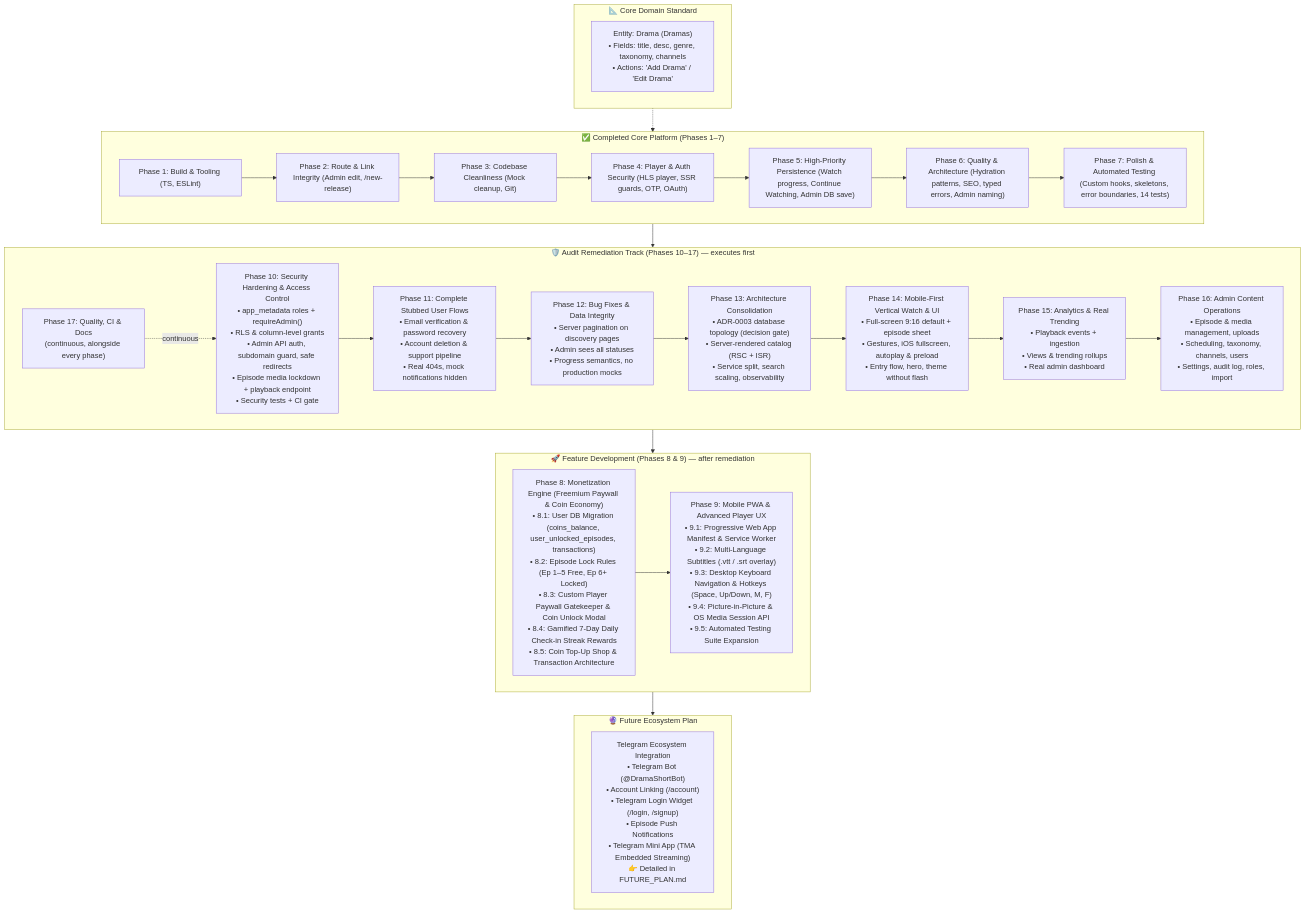
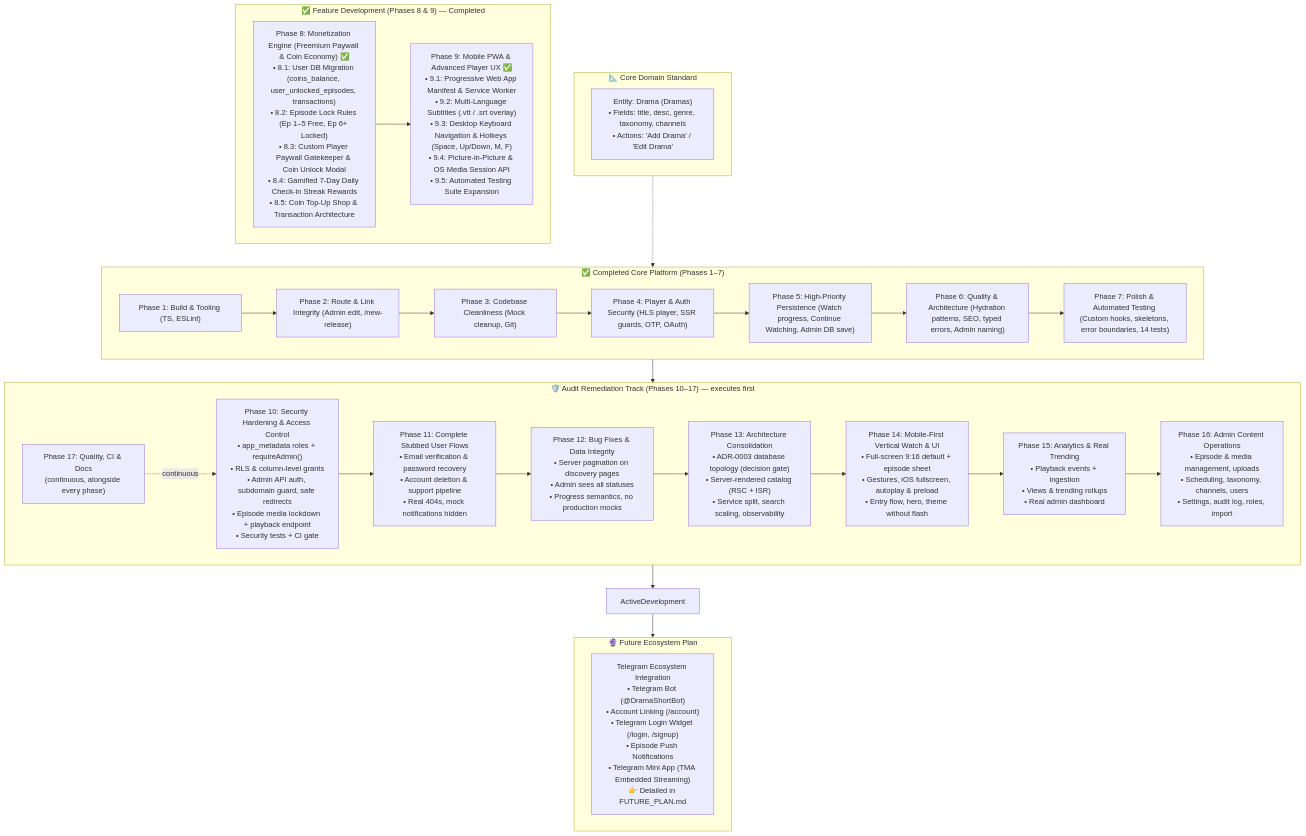
Before and after one commit to s3327/dramashort-app: the diagram in ROADMAP.md, drawn with Mermaid. The commit also changed other lines of this file and 3 other files, not shown here.

Commit message:
feat(test): expand automated monetization and funnel testing suite (Task 9.5)

````diff
--- a/ROADMAP.md
+++ b/ROADMAP.md
@@ -3027,49 +3045,49 @@
 ```mermaid
 flowchart TD
     subgraph DomainStandard["📐 Core Domain Standard"]
         DS["Entity: Drama (Dramas)<br/>• Fields: title, desc, genre, taxonomy, channels<br/>• Actions: 'Add Drama' / 'Edit Drama'"]
     end
 
     subgraph CompletedCore["✅ Completed Core Platform (Phases 1–7)"]
         P1["Phase 1: Build & Tooling (TS, ESLint)"]
         P2["Phase 2: Route & Link Integrity (Admin edit, /new-release)"]
         P3["Phase 3: Codebase Cleanliness (Mock cleanup, Git)"]
         P4["Phase 4: Player & Auth Security (HLS player, SSR guards, OTP, OAuth)"]
         P5["Phase 5: High-Priority Persistence (Watch progress, Continue Watching, Admin DB save)"]
         P6["Phase 6: Quality & Architecture (Hydration patterns, SEO, typed errors, Admin naming)"]
         P7["Phase 7: Polish & Automated Testing (Custom hooks, skeletons, error boundaries, 14 tests)"]
 
         P1 --> P2 --> P3 --> P4 --> P5 --> P6 --> P7
     end
 
     subgraph Remediation["🛡️ Audit Remediation Track (Phases 10–17) — executes first"]
         P10["Phase 10: Security Hardening & Access Control<br/>• app_metadata roles + requireAdmin()<br/>• RLS & column-level grants<br/>• Admin API auth, subdomain guard, safe redirects<br/>• Episode media lockdown + playback endpoint<br/>• Security tests + CI gate"]
         P11["Phase 11: Complete Stubbed User Flows<br/>• Email verification & password recovery<br/>• Account deletion & support pipeline<br/>• Real 404s, mock notifications hidden"]
         P12["Phase 12: Bug Fixes & Data Integrity<br/>• Server pagination on discovery pages<br/>• Admin sees all statuses<br/>• Progress semantics, no production mocks"]
         P13["Phase 13: Architecture Consolidation<br/>• ADR-0003 database topology (decision gate)<br/>• Server-rendered catalog (RSC + ISR)<br/>• Service split, search scaling, observability"]
         P14["Phase 14: Mobile-First Vertical Watch & UI<br/>• Full-screen 9:16 default + episode sheet<br/>• Gestures, iOS fullscreen, autoplay & preload<br/>• Entry flow, hero, theme without flash"]
         P15["Phase 15: Analytics & Real Trending<br/>• Playback events + ingestion<br/>• Views & trending rollups<br/>• Real admin dashboard"]
         P16["Phase 16: Admin Content Operations<br/>• Episode & media management, uploads<br/>• Scheduling, taxonomy, channels, users<br/>• Settings, audit log, roles, import"]
         P17["Phase 17: Quality, CI & Docs<br/>(continuous, alongside every phase)"]
 
         P10 --> P11 --> P12 --> P13 --> P14 --> P15 --> P16
         P17 -.->|continuous| P10
     end
 
-    subgraph ActiveDevelopment["🚀 Feature Development (Phases 8 & 9) — after remediation"]
-        P8["Phase 8: Monetization Engine (Freemium Paywall & Coin Economy)<br/>• 8.1: User DB Migration (coins_balance, user_unlocked_episodes, transactions)<br/>• 8.2: Episode Lock Rules (Ep 1–5 Free, Ep 6+ Locked)<br/>• 8.3: Custom Player Paywall Gatekeeper & Coin Unlock Modal<br/>• 8.4: Gamified 7-Day Daily Check-in Streak Rewards<br/>• 8.5: Coin Top-Up Shop & Transaction Architecture"]
+    subgraph CompletedFeatureDevelopment["✅ Feature Development (Phases 8 & 9) — Completed"]
+        P8["Phase 8: Monetization Engine (Freemium Paywall & Coin Economy) ✅<br/>• 8.1: User DB Migration (coins_balance, user_unlocked_episodes, transactions)<br/>• 8.2: Episode Lock Rules (Ep 1–5 Free, Ep 6+ Locked)<br/>• 8.3: Custom Player Paywall Gatekeeper & Coin Unlock Modal<br/>• 8.4: Gamified 7-Day Daily Check-in Streak Rewards<br/>• 8.5: Coin Top-Up Shop & Transaction Architecture"]
         
-        P9["Phase 9: Mobile PWA & Advanced Player UX<br/>• 9.1: Progressive Web App Manifest & Service Worker<br/>• 9.2: Multi-Language Subtitles (.vtt / .srt overlay)<br/>• 9.3: Desktop Keyboard Navigation & Hotkeys (Space, Up/Down, M, F)<br/>• 9.4: Picture-in-Picture & OS Media Session API<br/>• 9.5: Automated Testing Suite Expansion"]
+        P9["Phase 9: Mobile PWA & Advanced Player UX ✅<br/>• 9.1: Progressive Web App Manifest & Service Worker<br/>• 9.2: Multi-Language Subtitles (.vtt / .srt overlay)<br/>• 9.3: Desktop Keyboard Navigation & Hotkeys (Space, Up/Down, M, F)<br/>• 9.4: Picture-in-Picture & OS Media Session API<br/>• 9.5: Automated Testing Suite Expansion"]
         
         P8 --> P9
     end
 
     subgraph FutureEcosystem["🔮 Future Ecosystem Plan"]
         FP["Telegram Ecosystem Integration<br/>• Telegram Bot (@DramaShortBot)<br/>• Account Linking (/account)<br/>• Telegram Login Widget (/login, /signup)<br/>• Episode Push Notifications<br/>• Telegram Mini App (TMA Embedded Streaming)<br/>👉 Detailed in FUTURE_PLAN.md"]
     end
 
     DomainStandard -.-> CompletedCore
     CompletedCore --> Remediation
     Remediation --> ActiveDevelopment
     ActiveDevelopment --> FutureEcosystem
 ```
````
